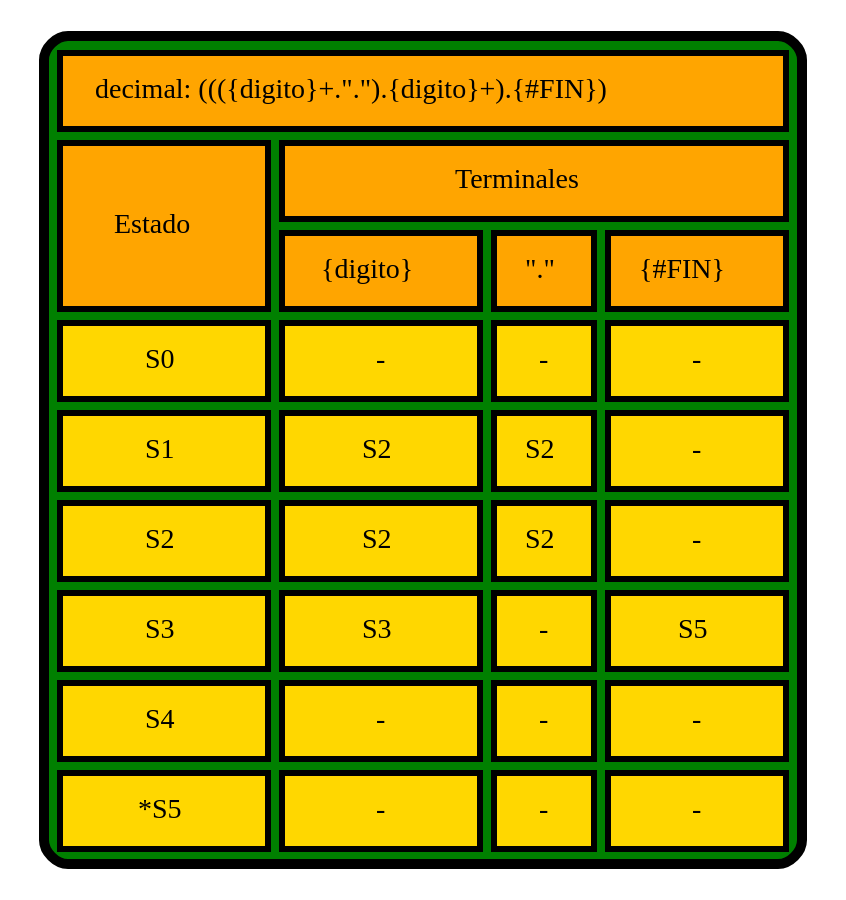
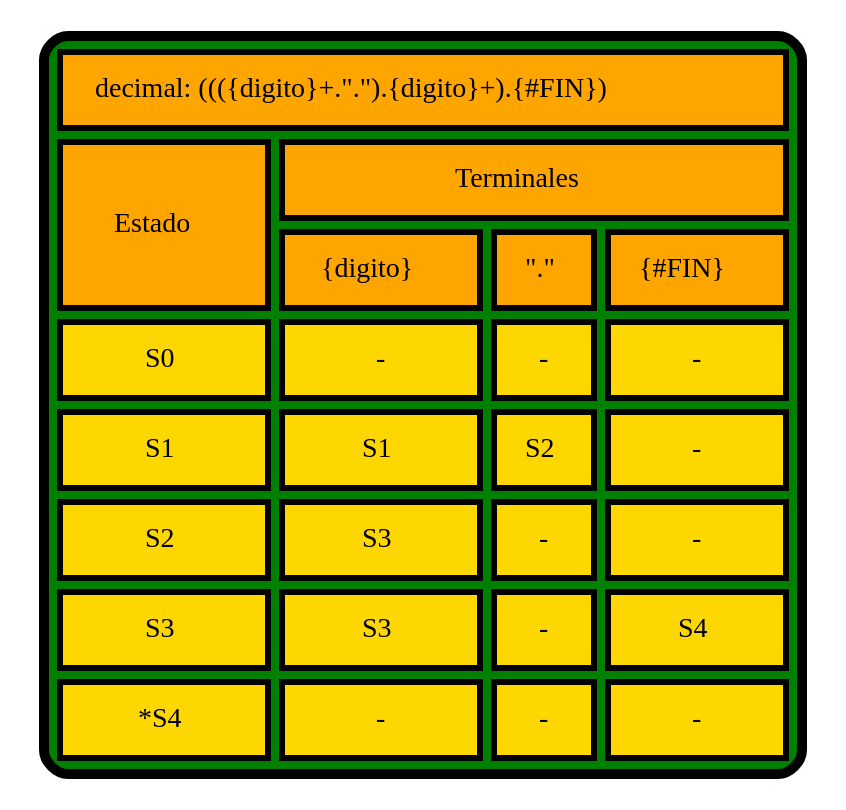
The diagram in TRANSICIONES_202004765/TablaTrans_decimal.dot (PikaGuty/OLC1_Proyecto1_202004765), drawn with Graphviz before and after one commit. The commit also changed 17 other files, not shown here.

```diff
--- a/TRANSICIONES_202004765/TablaTrans_decimal.dot
+++ b/TRANSICIONES_202004765/TablaTrans_decimal.dot
@@ -1,49 +1,44 @@
 digraph G { 
 label=<
 <TABLE border="5" cellspacing="4" cellpadding="10" style="rounded" bgcolor="green" gradientangle="315">
 <TR>
 <TD border="3"  colspan="4" bgcolor="orange">decimal: ((({digito}+.".").{digito}+).{#FIN})</TD>
 </TR>
 <TR>
 <TD border="3"  rowspan="2" bgcolor="orange">Estado</TD>
 <TD border="3"  colspan="3" bgcolor="orange">Terminales</TD>
 </TR>
 <TR>
 <TD border="3" bgcolor="orange">{digito}</TD>
 <TD border="3" bgcolor="orange">"."</TD>
 <TD border="3" bgcolor="orange">{#FIN}</TD>
 </TR>
 <TR>
 <TD border="3"  bgcolor="gold">S0</TD><TD border="3" bgcolor="gold">-</TD>
 <TD border="3" bgcolor="gold">-</TD>
 <TD border="3" bgcolor="gold">-</TD>
 </TR>
 <TR>
-<TD border="3"  bgcolor="gold">S1</TD><TD border="3" bgcolor="gold">S2</TD>
+<TD border="3"  bgcolor="gold">S1</TD><TD border="3" bgcolor="gold">S1</TD>
 <TD border="3" bgcolor="gold">S2</TD>
 <TD border="3" bgcolor="gold">-</TD>
 </TR>
 <TR>
-<TD border="3"  bgcolor="gold">S2</TD><TD border="3" bgcolor="gold">S2</TD>
-<TD border="3" bgcolor="gold">S2</TD>
+<TD border="3"  bgcolor="gold">S2</TD><TD border="3" bgcolor="gold">S3</TD>
+<TD border="3" bgcolor="gold">-</TD>
 <TD border="3" bgcolor="gold">-</TD>
 </TR>
 <TR>
 <TD border="3"  bgcolor="gold">S3</TD><TD border="3" bgcolor="gold">S3</TD>
 <TD border="3" bgcolor="gold">-</TD>
-<TD border="3" bgcolor="gold">S5</TD>
+<TD border="3" bgcolor="gold">S4</TD>
 </TR>
 <TR>
-<TD border="3"  bgcolor="gold">S4</TD><TD border="3" bgcolor="gold">-</TD>
-<TD border="3" bgcolor="gold">-</TD>
-<TD border="3" bgcolor="gold">-</TD>
-</TR>
-<TR>
-<TD border="3"  bgcolor="gold">*S5</TD><TD border="3" bgcolor="gold">-</TD>
+<TD border="3"  bgcolor="gold">*S4</TD><TD border="3" bgcolor="gold">-</TD>
 <TD border="3" bgcolor="gold">-</TD>
 <TD border="3" bgcolor="gold">-</TD>
 </TR>
 </TABLE>>
 
 
 }
```
